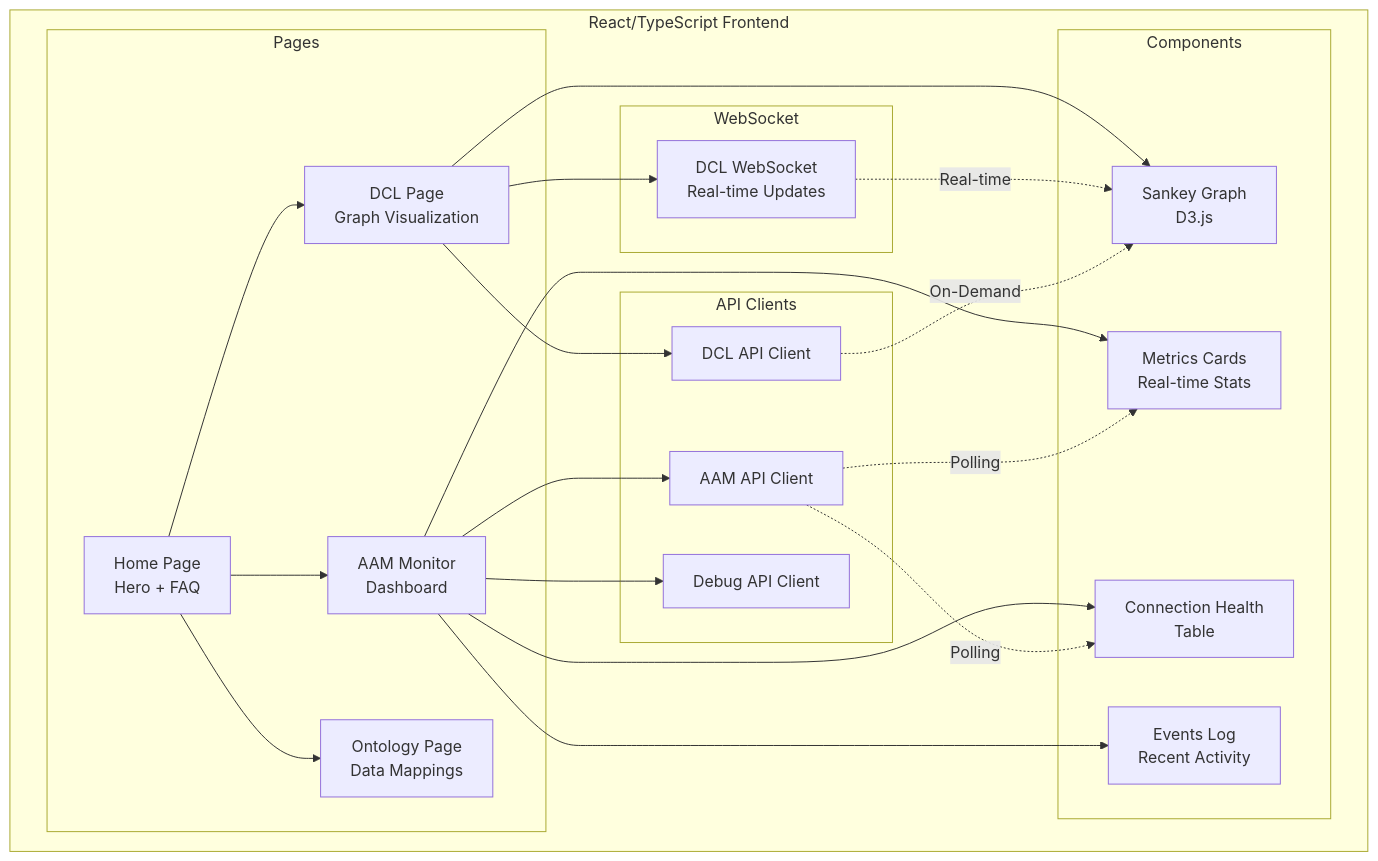
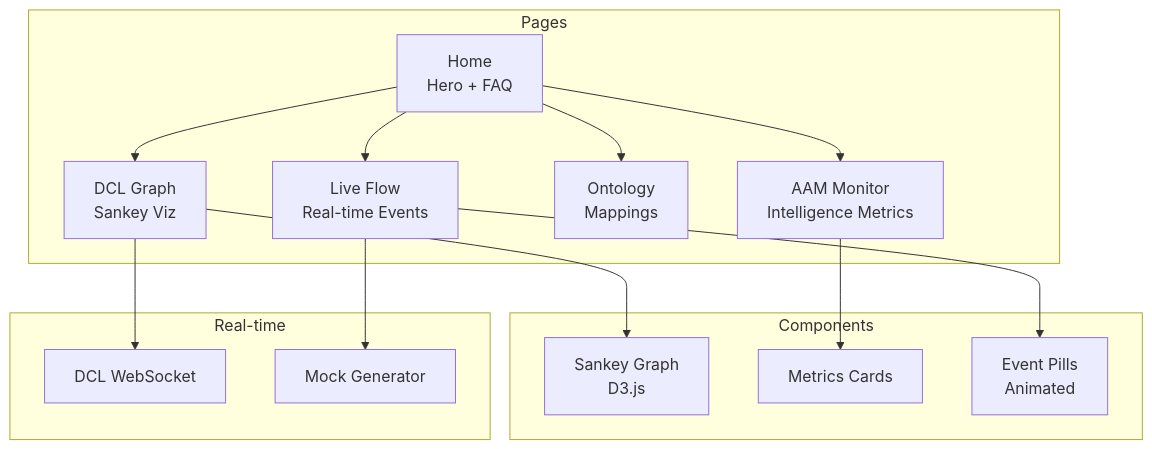
The seventh of 8 diagrams in ARCHITECTURE.md (ilyacantor/autonomos-platform), drawn with Mermaid before and after one commit. The commit also changed other lines of this file and 1 other file, not shown here.

First line of the commit message:
Update architecture documentation with new system overview and details

````diff
--- a/ARCHITECTURE.md
+++ b/ARCHITECTURE.md
@@ -327,48 +280,28 @@
 ```mermaid
 graph TB
-    subgraph "React/TypeScript Frontend"
-        subgraph "Pages"
-            HOME[Home Page<br/>Hero + FAQ]
-            DCL_PAGE[DCL Page<br/>Graph Visualization]
-            AAM_PAGE[AAM Monitor<br/>Dashboard]
-            ONT_PAGE[Ontology Page<br/>Data Mappings]
-        end
-
-        subgraph "Components"
-            SANKEY[Sankey Graph<br/>D3.js]
-            METRICS[Metrics Cards<br/>Real-time Stats]
-            CONN_TABLE[Connection Health<br/>Table]
-            EVENT_LOG[Events Log<br/>Recent Activity]
-        end
-
-        subgraph "WebSocket"
-            WS[DCL WebSocket<br/>Real-time Updates]
-        end
-
-        subgraph "API Clients"
-            API_DCL[DCL API Client]
-            API_AAM[AAM API Client]
-            API_DEBUG[Debug API Client]
-        end
+    subgraph "Pages"
+        HOME[Home<br/>Hero + FAQ]
+        DCL_PAGE[DCL Graph<br/>Sankey Viz]
+        AAM_PAGE[AAM Monitor<br/>Intelligence Metrics]
+        ONT_PAGE[Ontology<br/>Mappings]
+        LIVE_PAGE[Live Flow<br/>Real-time Events]
     end
 
-    HOME --> DCL_PAGE
-    HOME --> AAM_PAGE
-    HOME --> ONT_PAGE
+    subgraph "Components"
+        SANKEY[Sankey Graph<br/>D3.js]
+        METRICS[Metrics Cards]
+        EVENT_PILLS[Event Pills<br/>Animated]
+    end
 
+    subgraph "Real-time"
+        WS[DCL WebSocket]
+        MOCK[Mock Generator]
+    end
+
+    HOME --> DCL_PAGE & AAM_PAGE & ONT_PAGE & LIVE_PAGE
     DCL_PAGE --> SANKEY
     AAM_PAGE --> METRICS
-    AAM_PAGE --> CONN_TABLE
-    AAM_PAGE --> EVENT_LOG
-
+    LIVE_PAGE --> EVENT_PILLS
     DCL_PAGE --> WS
-    AAM_PAGE --> API_AAM
-    DCL_PAGE --> API_DCL
-    AAM_PAGE --> API_DEBUG
-
-    WS -.->|Real-time| SANKEY
-    API_AAM -.->|Polling| METRICS
-    API_AAM -.->|Polling| CONN_TABLE
-    API_DCL -.->|On-Demand| SANKEY
-
+    LIVE_PAGE --> MOCK
 ```
````
